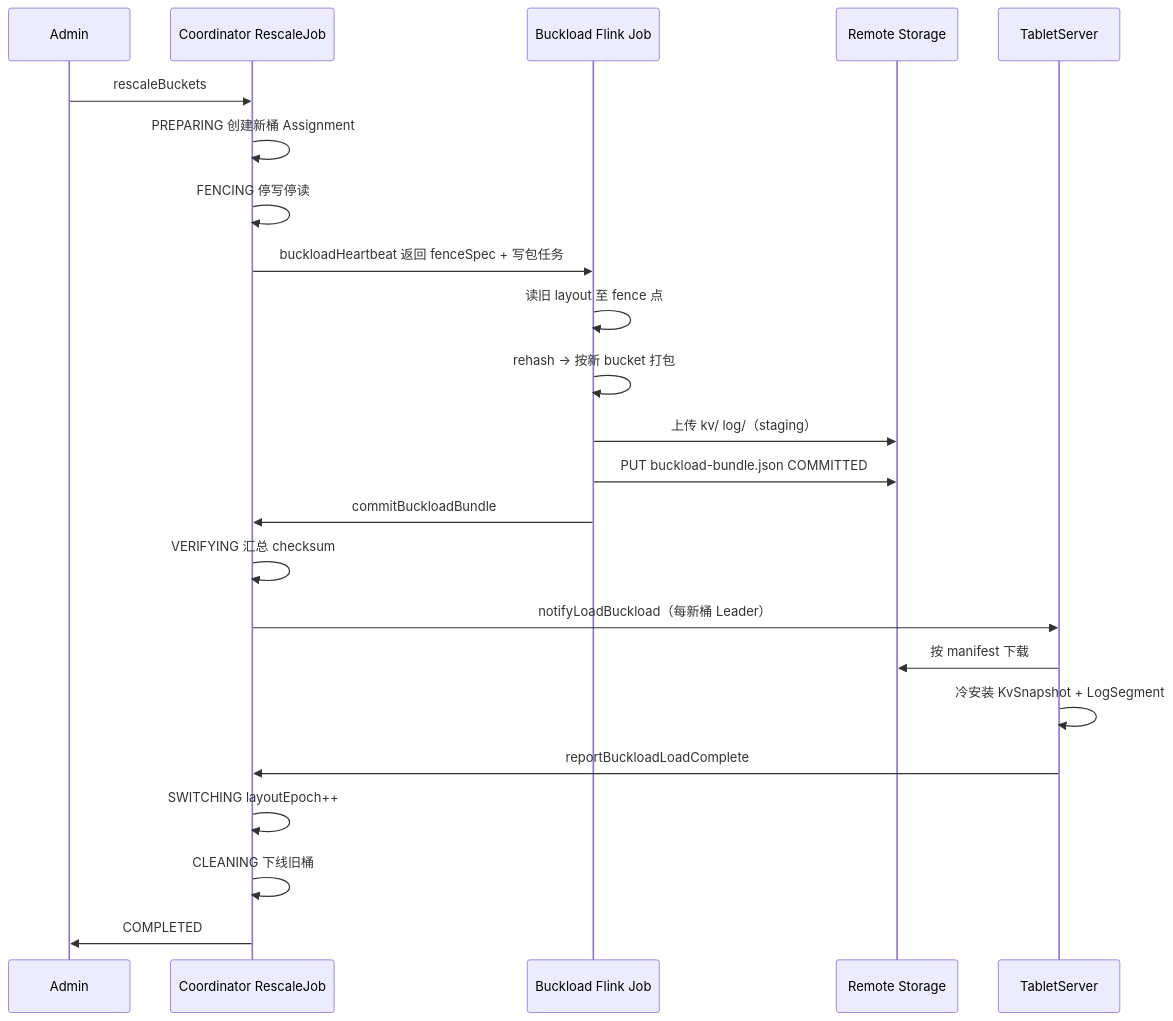
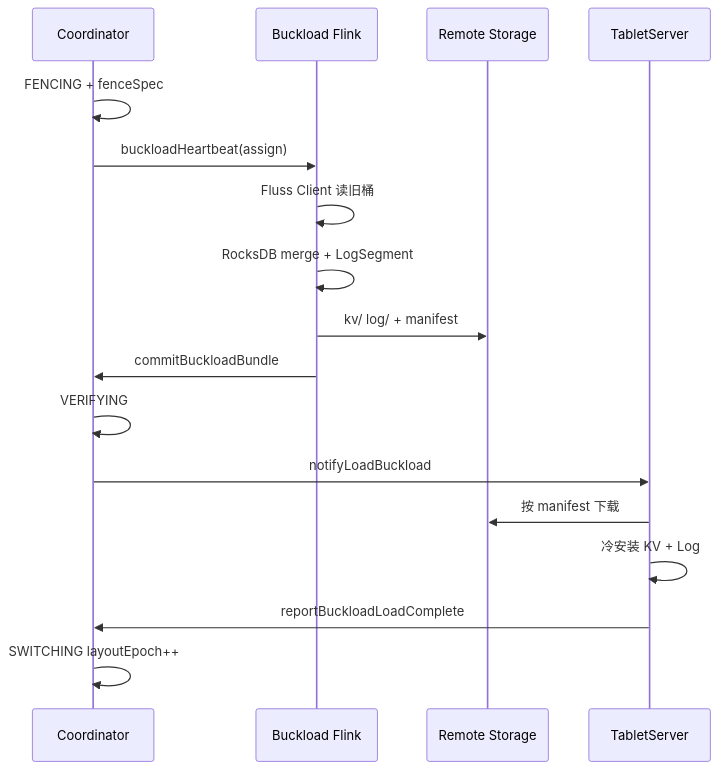
One commit to platinumhamburg/fluss changed the first of 2 diagrams in website/docs/design/dynamic-bucket-rescaling-design.md. Above: the diagram before and after it, drawn with Mermaid. The commit also changed other lines of this file, not shown here.

First line of the commit message:
[docs] Rewrite dynamic bucket design as V4 architecture spec

````diff
--- a/website/docs/design/dynamic-bucket-rescaling-design.md
+++ b/website/docs/design/dynamic-bucket-rescaling-design.md
@@ -375,26 +325,20 @@
 ```mermaid
 sequenceDiagram
-    participant Admin
-    participant C as Coordinator RescaleJob
-    participant B as Buckload Flink Job
+    participant C as Coordinator
+    participant B as Buckload Flink
     participant R as Remote Storage
     participant TS as TabletServer
 
-    Admin->>C: rescaleBuckets
-    C->>C: PREPARING 创建新桶 Assignment
-    C->>C: FENCING 停写停读
-    C->>B: buckloadHeartbeat 返回 fenceSpec + 写包任务
-    B->>B: 读旧 layout 至 fence 点
-    B->>B: rehash → 按新 bucket 打包
-    B->>R: 上传 kv/ log/（staging）
-    B->>R: PUT buckload-bundle.json COMMITTED
+    C->>C: FENCING + fenceSpec
+    C->>B: buckloadHeartbeat(assign)
+    B->>B: Fluss Client 读旧桶
+    B->>B: RocksDB merge + LogSegment
+    B->>R: kv/ log/ + manifest
     B->>C: commitBuckloadBundle
-    C->>C: VERIFYING 汇总 checksum
-    C->>TS: notifyLoadBuckload（每新桶 Leader）
+    C->>C: VERIFYING
+    C->>TS: notifyLoadBuckload
     TS->>R: 按 manifest 下载
-    TS->>TS: 冷安装 KvSnapshot + LogSegment
+    TS->>TS: 冷安装 KV + Log
     TS->>C: reportBuckloadLoadComplete
     C->>C: SWITCHING layoutEpoch++
-    C->>C: CLEANING 下线旧桶
-    C->>Admin: COMPLETED
 ```
````
